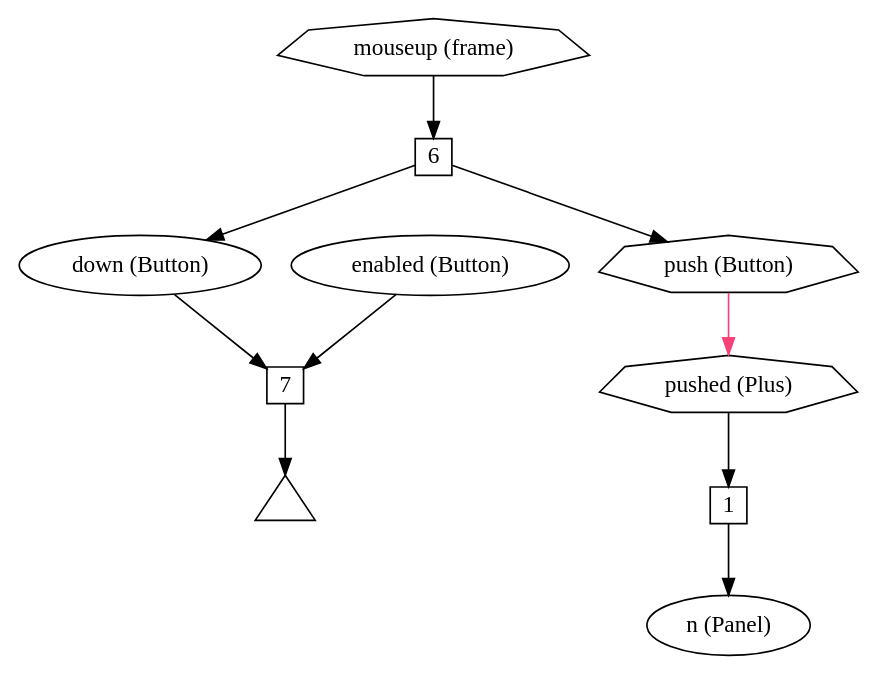
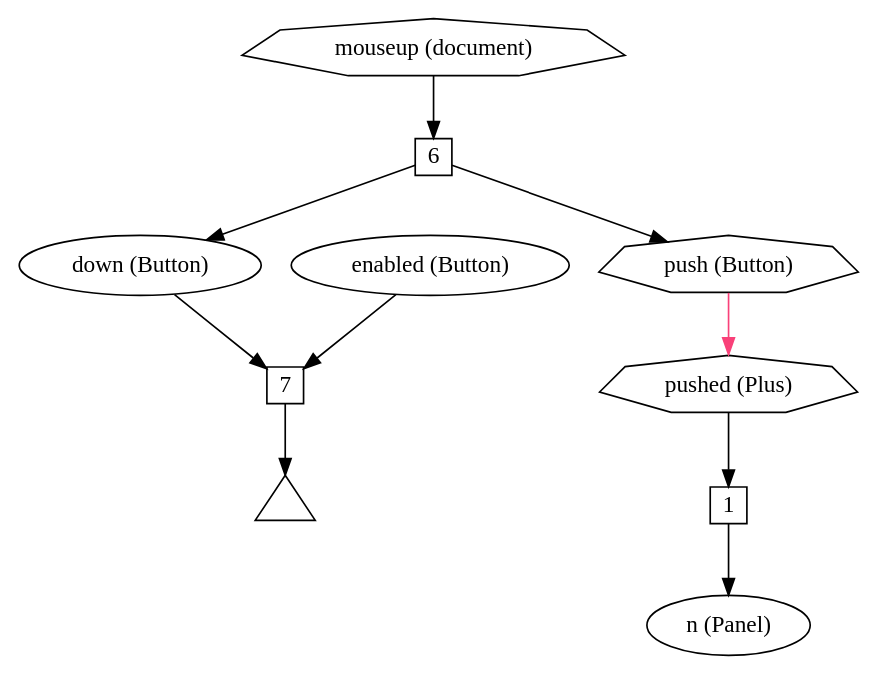
The diagram in doc/fig/graph-watch-671.gv (bendr/bender), drawn with Graphviz before and after one commit. The commit also changed 15 other files, not shown here.

```diff
--- a/doc/fig/graph-watch-671.gv
+++ b/doc/fig/graph-watch-671.gv
@@ -1,28 +1,28 @@
 digraph bender {
   node [fontname="Avenir Next"];
   edge [fontname="Avenir Next"];
 
-  mouseup [label="mouseup (frame)", shape=septagon];
+  mouseup [label="mouseup (document)", shape=septagon];
   down [label="down (Button)"];
   enabled [label="enabled (Button)"];
   pushed [label="push (Button)", shape=septagon];
   w6 [label="6", shape=square, fixedsize=true, width=0.3];
   mouseup -> w6;
   w6 -> down;
   w6 -> pushed;
 
   w7 [label="7", shape=square, fixedsize=true, width=0.3];
   t [label="", shape=triangle, fixedsize=true, width=0.5];
   down -> w7;
   enabled -> w7;
   w7 -> t;
 
   ppushed [label="pushed (Plus)", shape=septagon];
   w1 [label="1", shape=square, fixedsize=true, width=0.3];
   ppushed -> w1;
   w1 -> n;
 
   n [label="n (Panel)"];
   pushed -> ppushed [color="#f94179"];
 
 }
```
